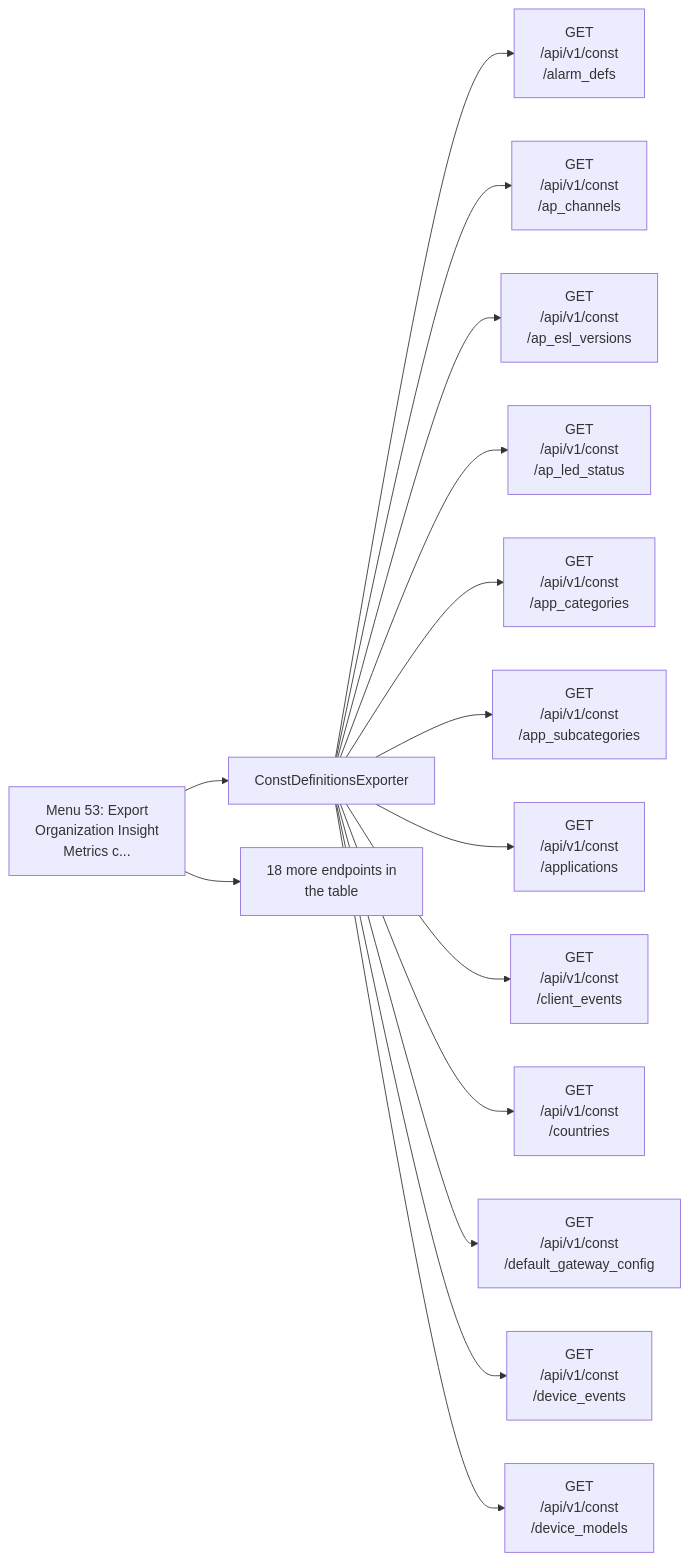
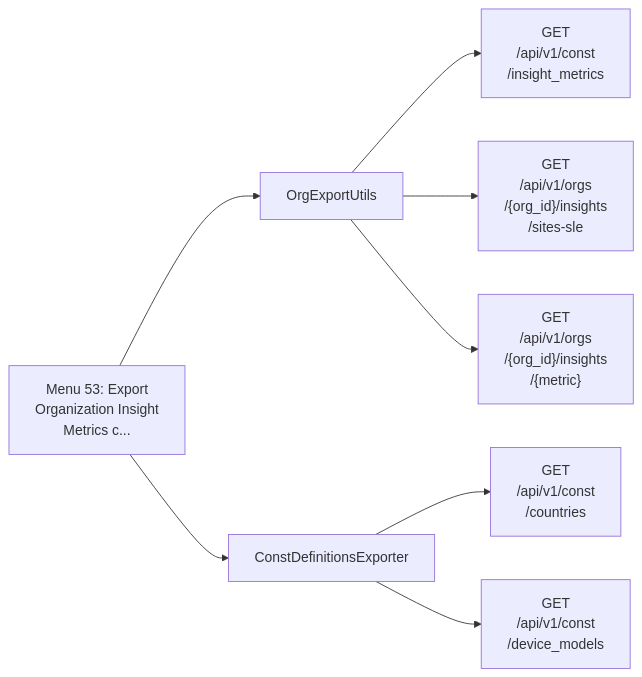
Diagram 12 of 22 in documentation/menu-api/safe.md (jmorrison-juniper/MistHelper), drawn with Mermaid before and after one commit. The commit also changed other lines of this file and 8 other files, not shown here.

First line of the commit message:
docs(insights): regenerate the selective insight API references

````diff
--- a/documentation/menu-api/safe.md
+++ b/documentation/menu-api/safe.md
@@ -737,18 +737,11 @@
 ```mermaid
 flowchart LR
     menu["Menu 53: Export<br/>Organization Insight<br/>Metrics c..."]
-    menu --> c1["ConstDefinitionsExporter"]
-    c1 --> e1["GET<br/>/api/v1/const<br/>/alarm_defs"]
-    c1 --> e2["GET<br/>/api/v1/const<br/>/ap_channels"]
-    c1 --> e3["GET<br/>/api/v1/const<br/>/ap_esl_versions"]
-    c1 --> e4["GET<br/>/api/v1/const<br/>/ap_led_status"]
-    c1 --> e5["GET<br/>/api/v1/const<br/>/app_categories"]
-    c1 --> e6["GET<br/>/api/v1/const<br/>/app_subcategories"]
-    c1 --> e7["GET<br/>/api/v1/const<br/>/applications"]
-    c1 --> e8["GET<br/>/api/v1/const<br/>/client_events"]
-    c1 --> e9["GET<br/>/api/v1/const<br/>/countries"]
-    c1 --> e10["GET<br/>/api/v1/const<br/>/default_gateway_config"]
-    c1 --> e11["GET<br/>/api/v1/const<br/>/device_events"]
-    c1 --> e12["GET<br/>/api/v1/const<br/>/device_models"]
-    menu --> more["18 more endpoints in<br/>the table"]
+    menu --> c1["OrgExportUtils"]
+    c1 --> e1["GET<br/>/api/v1/const<br/>/insight_metrics"]
+    c1 --> e2["GET<br/>/api/v1/orgs<br/>/{org_id}/insights<br/>/sites-sle"]
+    c1 --> e3["GET<br/>/api/v1/orgs<br/>/{org_id}/insights<br/>/{metric}"]
+    menu --> c2["ConstDefinitionsExporter"]
+    c2 --> e4["GET<br/>/api/v1/const<br/>/countries"]
+    c2 --> e5["GET<br/>/api/v1/const<br/>/device_models"]
 ```
````
